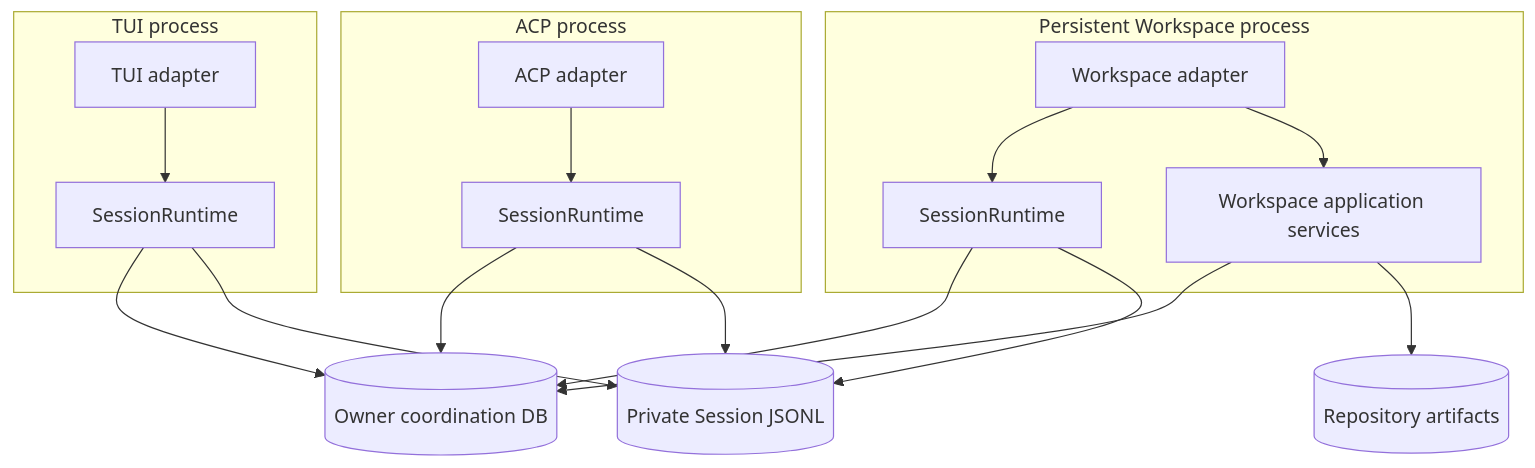
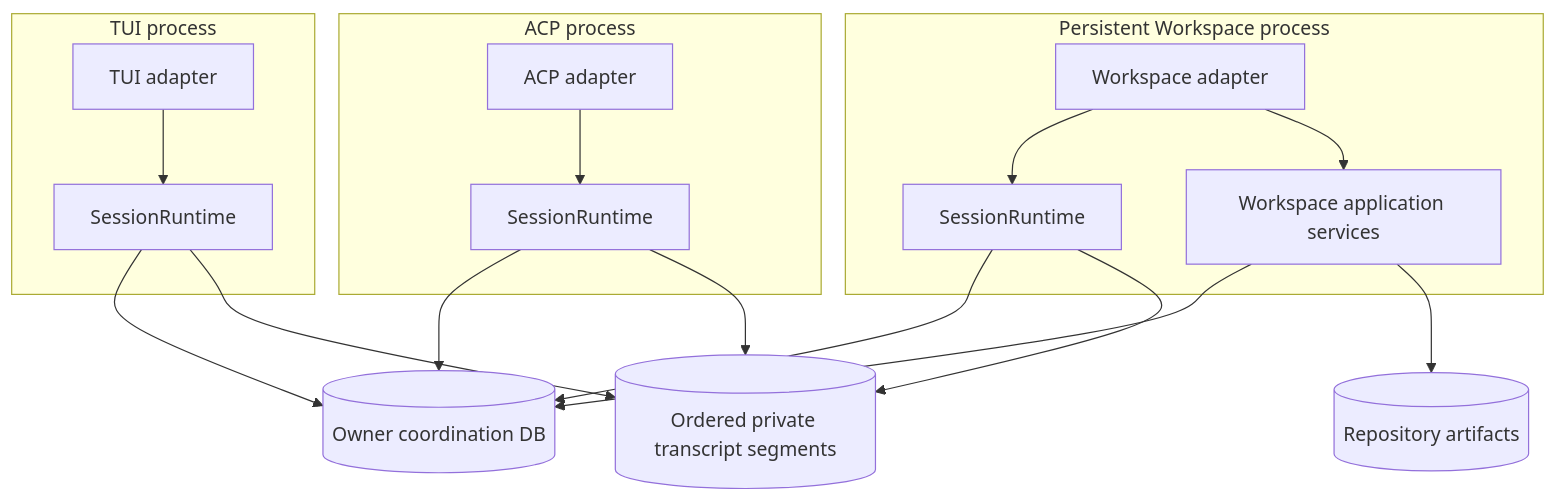
The first of 3 diagrams in plans/personal-remote-workspace-v1.md (gandazgul/runwield), drawn with Mermaid before and after one commit. The commit also changed other lines of this file and 3 other files, not shown here.

````diff
--- a/plans/personal-remote-workspace-v1.md
+++ b/plans/personal-remote-workspace-v1.md
@@ -112,28 +133,28 @@
 ```mermaid
 flowchart TB
     DB[(Owner coordination DB)]
     ART[(Repository artifacts)]
-    TRANS[(Private Session JSONL)]
+    TRANS[(Ordered private transcript segments)]
 
     subgraph TUIProcess["TUI process"]
         TUI[TUI adapter] --> TR[SessionRuntime]
     end
 
     subgraph WorkspaceProcess["Persistent Workspace process"]
         WEB[Workspace adapter] --> WR[SessionRuntime]
         WEB --> APP[Workspace application services]
     end
 
     subgraph ACPProcess["ACP process"]
         ACP[ACP adapter] --> AR[SessionRuntime]
     end
 
     TR --> DB
     WR --> DB
     AR --> DB
     TR --> TRANS
     WR --> TRANS
     AR --> TRANS
     APP --> DB
     APP --> ART
 ```
````
